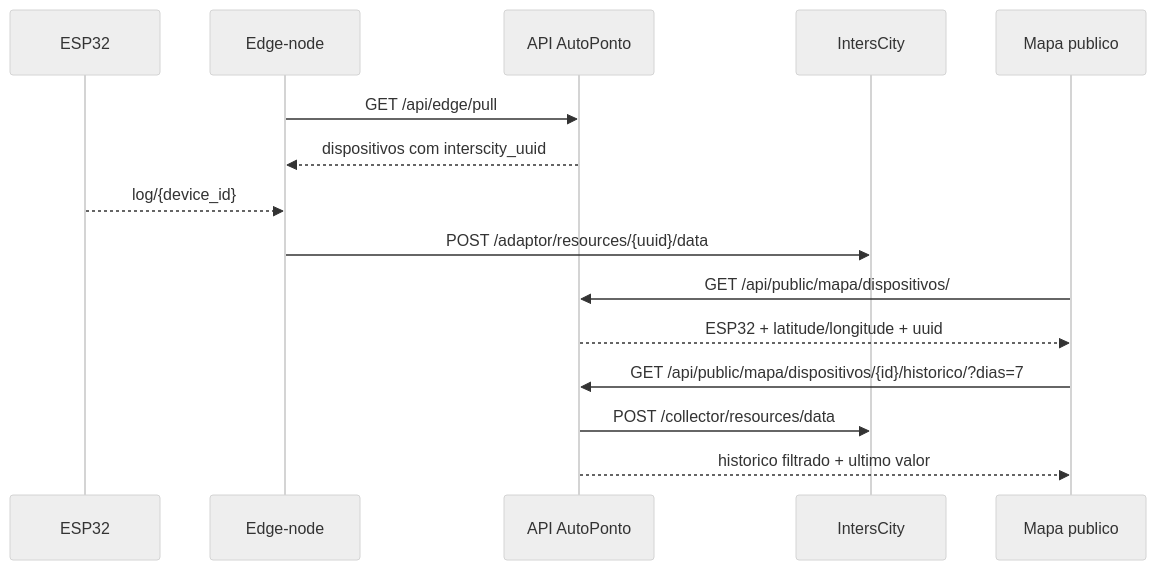
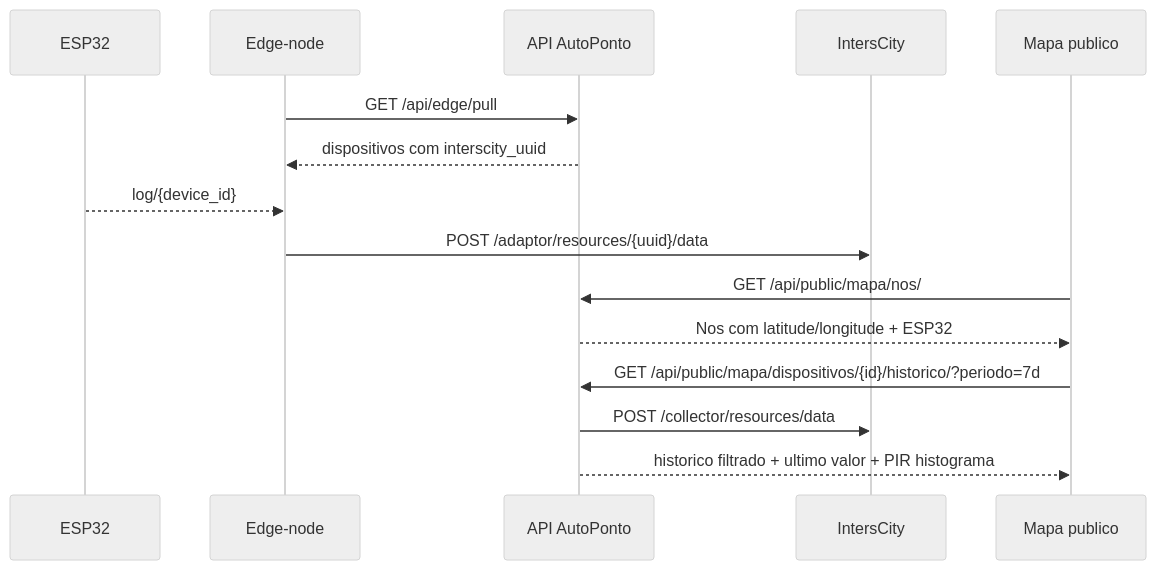
One commit to DanielKGM/autoponto changed the diagram in autoponto-backend/docs/interscity-integration.md. Above: the diagram before and after it, drawn with Mermaid (neutral theme). The commit also changed other lines of this file and 17 other files, not shown here.

First line of the commit message:
Refactor API documentation and frontend structure; update requirements and improve user flows

````diff
--- a/autoponto-backend/docs/interscity-integration.md
+++ b/autoponto-backend/docs/interscity-integration.md
@@ -16,18 +16,18 @@
 ```mermaid
 sequenceDiagram
     participant ESP as ESP32
     participant Edge as Edge-node
     participant API as API AutoPonto
     participant IC as IntersCity
     participant Front as Mapa publico
 
     Edge->>API: GET /api/edge/pull
     API-->>Edge: dispositivos com interscity_uuid
     ESP-->>Edge: log/{device_id}
     Edge->>IC: POST /adaptor/resources/{uuid}/data
-    Front->>API: GET /api/public/mapa/dispositivos/
-    API-->>Front: ESP32 + latitude/longitude + uuid
-    Front->>API: GET /api/public/mapa/dispositivos/{id}/historico/?dias=7
+    Front->>API: GET /api/public/mapa/nos/
+    API-->>Front: Nos com latitude/longitude + ESP32
+    Front->>API: GET /api/public/mapa/dispositivos/{id}/historico/?periodo=7d
     API->>IC: POST /collector/resources/data
-    API-->>Front: historico filtrado + ultimo valor
+    API-->>Front: historico filtrado + ultimo valor + PIR histograma
 ```
````
